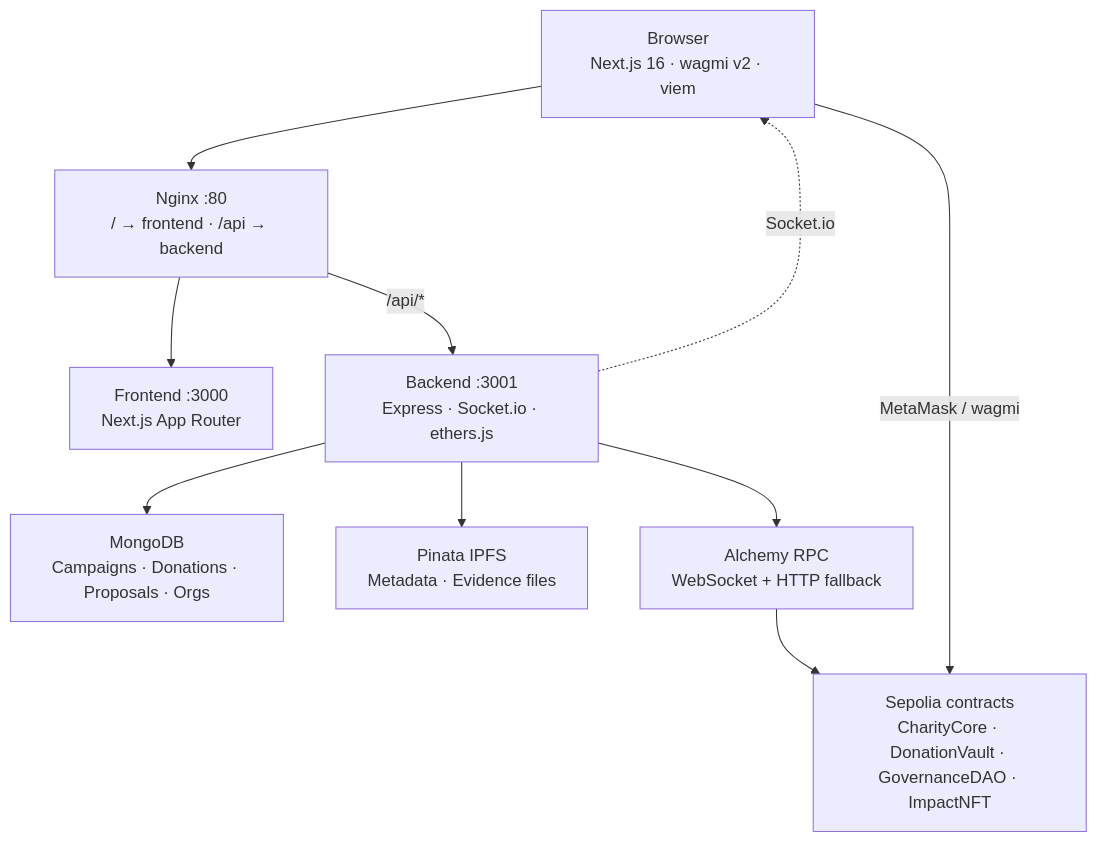
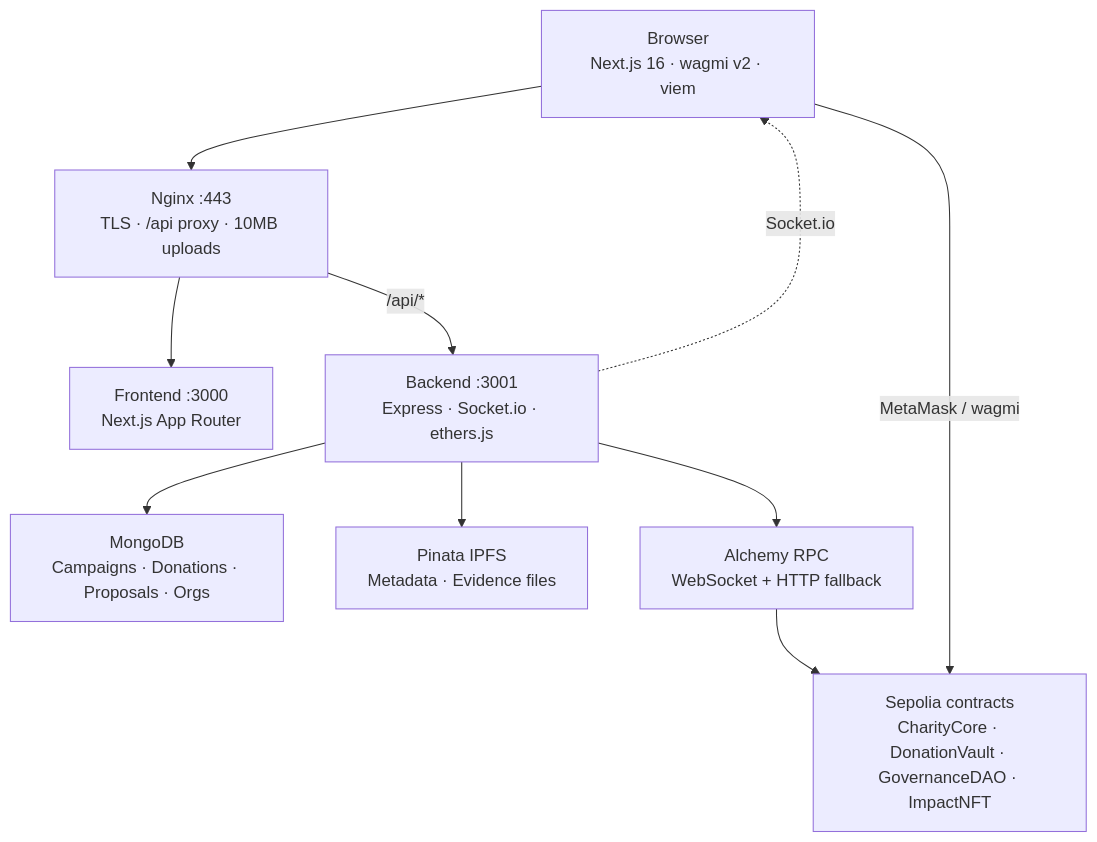
Before and after one commit to Levianth146/transpachain: the diagram in docs/architecture.md, drawn with Mermaid. The commit also changed other lines of this file and 4 other files, not shown here.

````diff
--- a/docs/architecture.md
+++ b/docs/architecture.md
@@ -12,21 +12,21 @@
 ```mermaid
 graph TD
     Browser["Browser<br/>Next.js 16 · wagmi v2 · viem"]
-    Nginx["Nginx :80<br/>/ → frontend · /api → backend"]
+    Nginx["Nginx :443<br/>TLS · /api proxy · 10MB uploads"]
     Frontend["Frontend :3000<br/>Next.js App Router"]
     Backend["Backend :3001<br/>Express · Socket.io · ethers.js"]
     MongoDB["MongoDB<br/>Campaigns · Donations · Proposals · Orgs"]
     Pinata["Pinata IPFS<br/>Metadata · Evidence files"]
     Alchemy["Alchemy RPC<br/>WebSocket + HTTP fallback"]
     Sepolia["Sepolia contracts<br/>CharityCore · DonationVault · GovernanceDAO · ImpactNFT"]
 
     Browser --> Nginx
     Nginx --> Frontend
     Nginx -->|"/api/*"| Backend
     Backend --> MongoDB
     Backend --> Pinata
     Backend --> Alchemy
     Alchemy --> Sepolia
     Browser -->|MetaMask / wagmi| Sepolia
     Backend -.->|Socket.io| Browser
 ```
````
